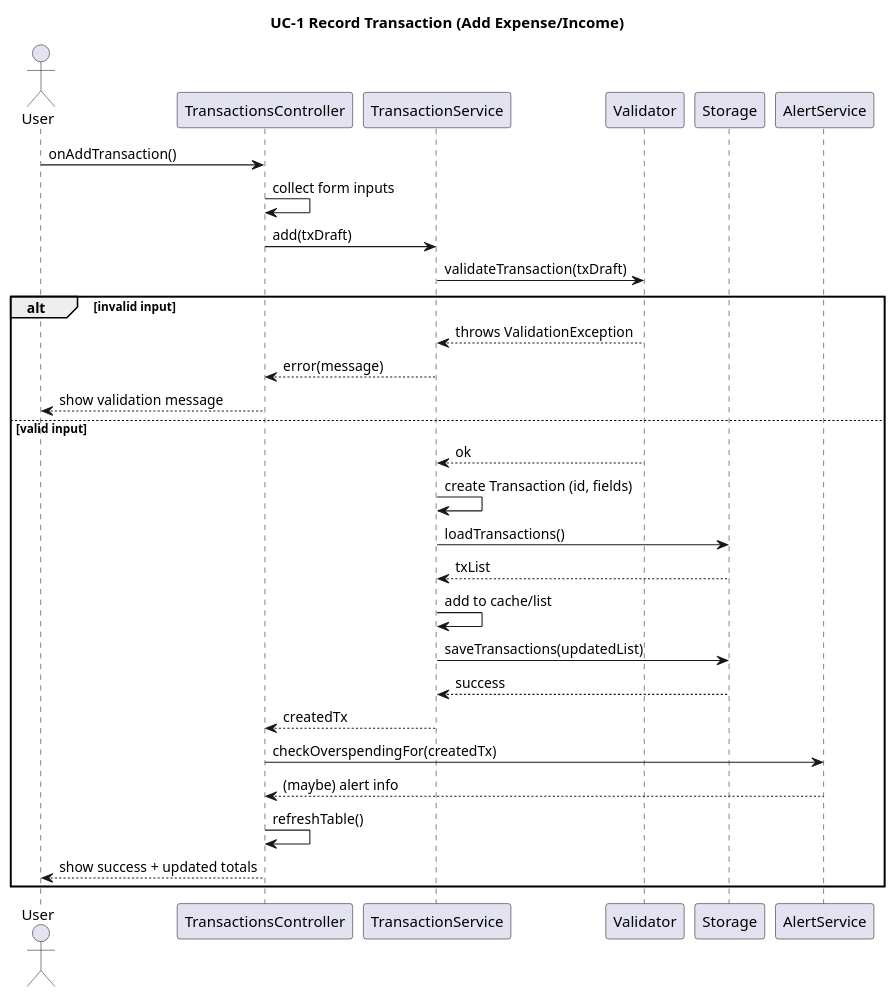
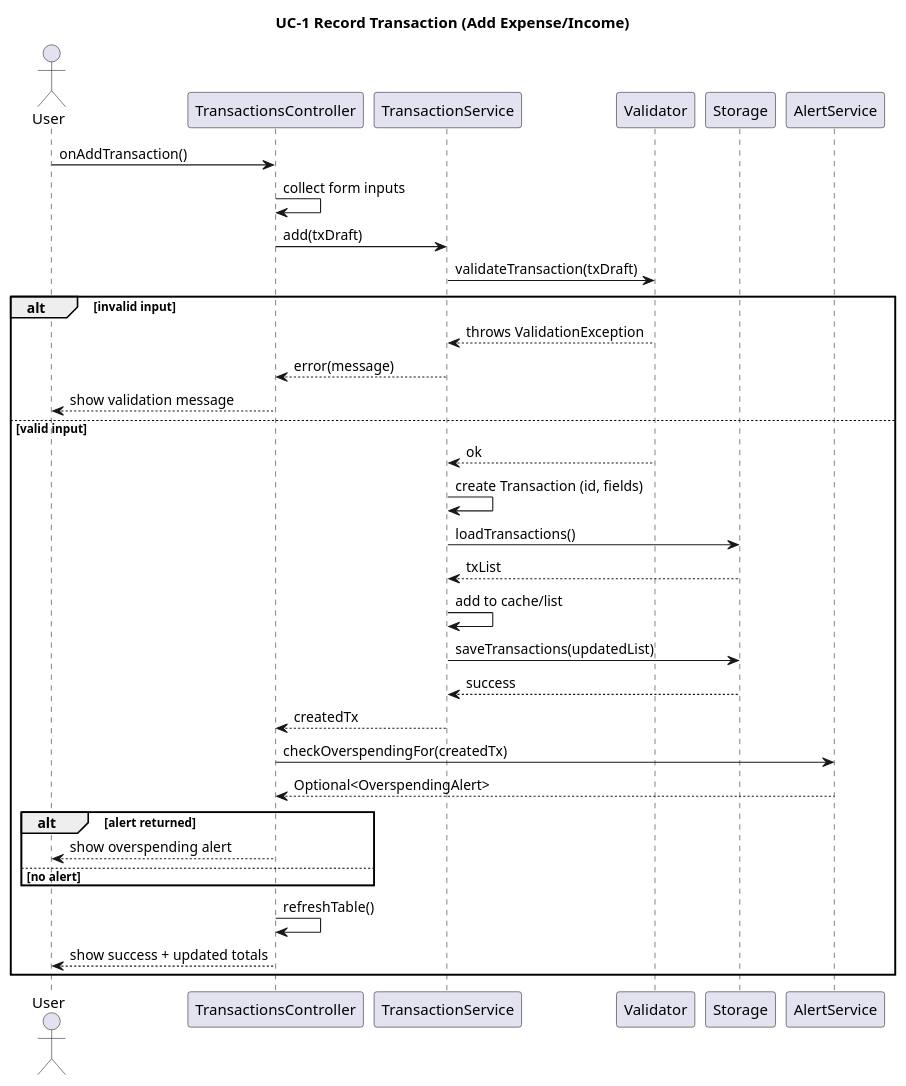
The diagram in docs/diagrams/sequence diagrams/sd1 UC-1 Record Transaction.puml (mohsenpasdar/smartbudget), drawn with PlantUML before and after one commit. The commit also changed 9 other files, not shown here.

Commit message:
make sequence diagrams consistent with other diagrams and update png files

```diff
--- a/docs/diagrams/sequence diagrams/sd1 UC-1 Record Transaction.puml
+++ b/docs/diagrams/sequence diagrams/sd1 UC-1 Record Transaction.puml
@@ -1,40 +1,45 @@
 @startuml
 title UC-1 Record Transaction (Add Expense/Income)
 
 actor User
 participant TransactionsController as TC
 participant TransactionService as TS
 participant Validator as V
 participant Storage as ST
 participant AlertService as AS
 
 User -> TC : onAddTransaction()
 TC -> TC : collect form inputs
 TC -> TS : add(txDraft)
 
 TS -> V : validateTransaction(txDraft)
 alt invalid input
   V --> TS : throws ValidationException
   TS --> TC : error(message)
   TC --> User : show validation message
 else valid input
   V --> TS : ok
 
   TS -> TS : create Transaction (id, fields)
   TS -> ST : loadTransactions()
   ST --> TS : txList
 
   TS -> TS : add to cache/list
   TS -> ST : saveTransactions(updatedList)
   ST --> TS : success
 
   TS --> TC : createdTx
 
   ' Optional: check overspending after expense add
   TC -> AS : checkOverspendingFor(createdTx)
-  AS --> TC : (maybe) alert info
+  AS --> TC : Optional<OverspendingAlert>
+
+  alt alert returned
+    TC --> User : show overspending alert
+  else no alert
+  end
 
   TC -> TC : refreshTable()
   TC --> User : show success + updated totals
 end
 @enduml
```
